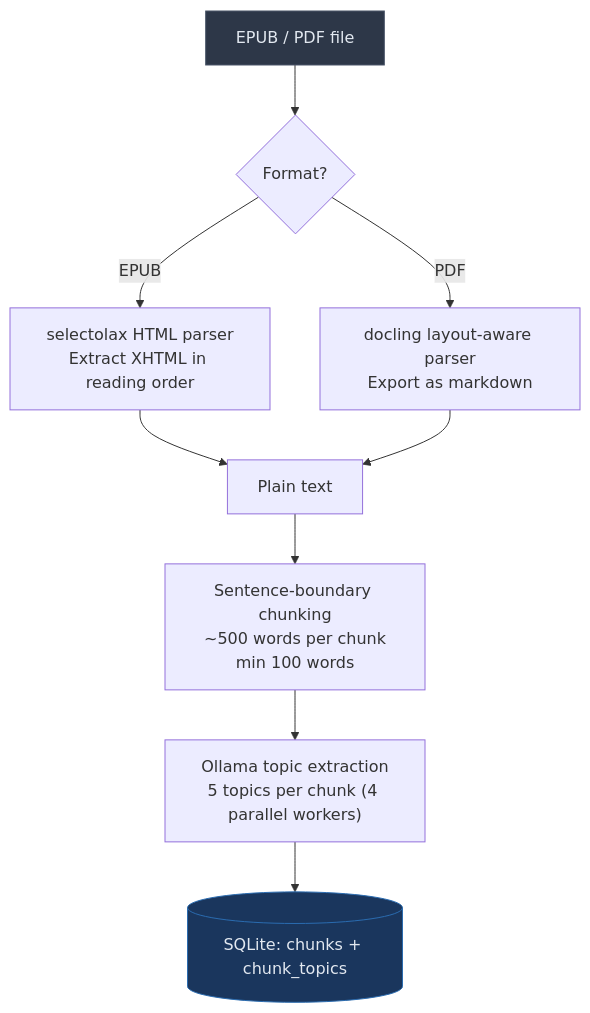
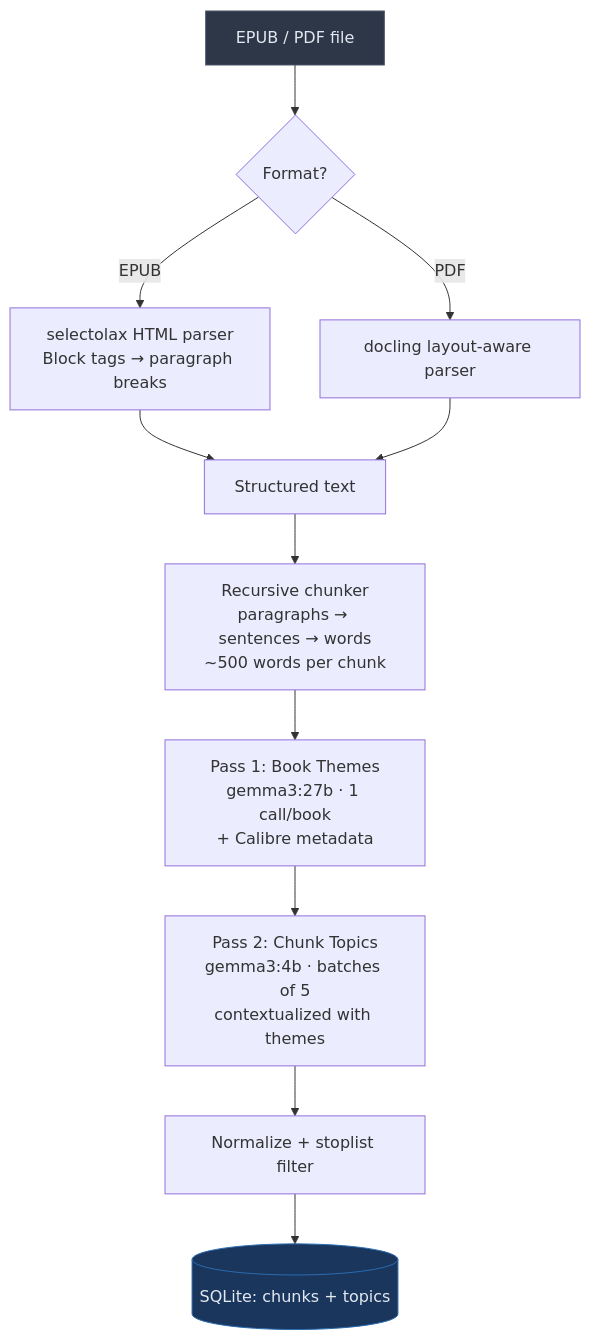
The second of 5 diagrams in README.md (seaberger/libtrails), drawn with Mermaid before and after one commit. The commit also changed other lines of this file and 2 other files, not shown here.

````diff
--- a/README.md
+++ b/README.md
@@ -94,15 +95,17 @@
 ```mermaid
 flowchart TD
     A[EPUB / PDF file] --> B{Format?}
-    B -->|EPUB| C[selectolax HTML parser<br/>Extract XHTML in reading order]
-    B -->|PDF| D[docling layout-aware parser<br/>Export as markdown]
-    C --> E[Plain text]
+    B -->|EPUB| C[selectolax HTML parser<br/>Block tags → paragraph breaks]
+    B -->|PDF| D[docling layout-aware parser]
+    C --> E[Structured text]
     D --> E
 
-    E --> F[Sentence-boundary chunking<br/>~500 words per chunk<br/>min 100 words]
-    F --> G["Ollama topic extraction<br/>5 topics per chunk (4 parallel workers)"]
-    G --> H[(SQLite: chunks + chunk_topics)]
+    E --> F[Recursive chunker<br/>paragraphs → sentences → words<br/>~500 words per chunk]
+    F --> G[Pass 1: Book Themes<br/>gemma3:27b · 1 call/book<br/>+ Calibre metadata]
+    G --> H[Pass 2: Chunk Topics<br/>gemma3:4b · batches of 5<br/>contextualized with themes]
+    H --> I[Normalize + stoplist filter]
+    I --> J[(SQLite: chunks + topics)]
 
     style A fill:#2d3748,stroke:#4a5568,color:#e2e8f0
-    style H fill:#1a365d,stroke:#2b6cb0,color:#e2e8f0
+    style J fill:#1a365d,stroke:#2b6cb0,color:#e2e8f0
 ```
````
